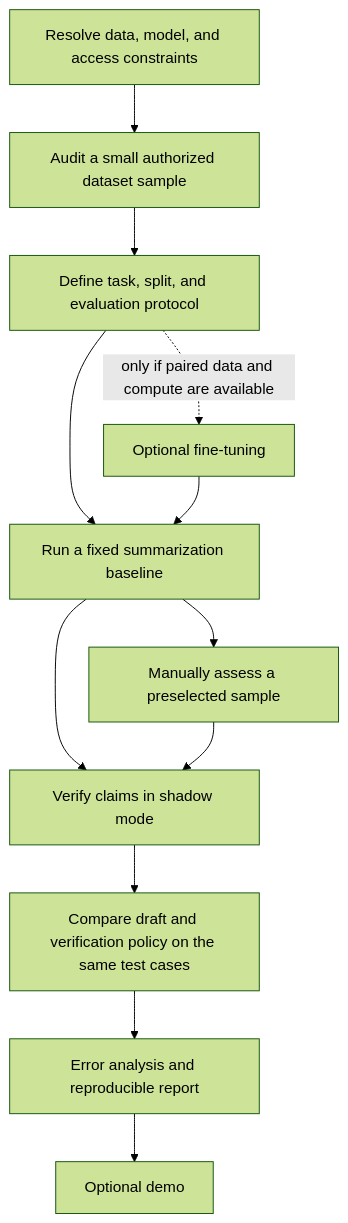
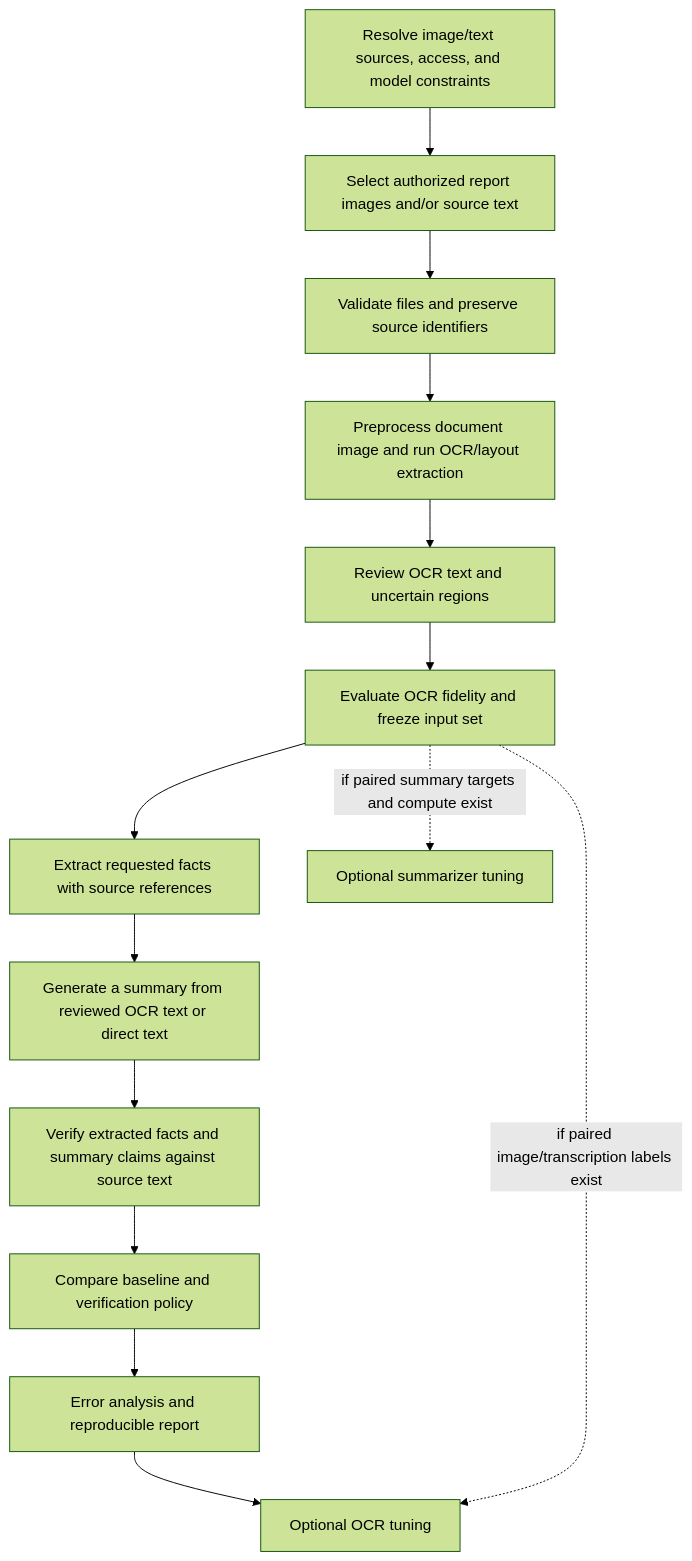
One commit to hashnj/Clinical_Notes_Summarization changed the diagram in Implementation_Workflow.md. Above: the diagram before and after it, drawn with Mermaid (forest theme). The commit also changed other lines of this file and 9 other files, not shown here.

````diff
--- a/Implementation_Workflow.md
+++ b/Implementation_Workflow.md
@@ -19,14 +21,16 @@
 ```mermaid
 flowchart TD
-    A[Resolve data, model, and access constraints] --> B[Audit a small authorized dataset sample]
-    B --> C[Define task, split, and evaluation protocol]
-    C --> D[Run a fixed summarization baseline]
-    D --> E[Manually assess a preselected sample]
-    D --> F[Verify claims in shadow mode]
-    E --> F
-    F --> G[Compare draft and verification policy on the same test cases]
-    G --> H[Error analysis and reproducible report]
-    H --> I[Optional demo]
-    C -. only if paired data and compute are available .-> J[Optional fine-tuning]
-    J --> D
+    A[Resolve image/text sources, access, and model constraints] --> B[Select authorized report images and/or source text]
+    B --> C[Validate files and preserve source identifiers]
+    C --> D[Preprocess document image and run OCR/layout extraction]
+    D --> E[Review OCR text and uncertain regions]
+    E --> F[Evaluate OCR fidelity and freeze input set]
+    F --> G[Extract requested facts with source references]
+    G --> H[Generate a summary from reviewed OCR text or direct text]
+    H --> I[Verify extracted facts and summary claims against source text]
+    I --> J[Compare baseline and verification policy]
+    J --> K[Error analysis and reproducible report]
+    K --> L[Optional local demo]
+    F -. if paired image/transcription labels exist .-> L[Optional OCR tuning]
+    F -. if paired summary targets and compute exist .-> M[Optional summarizer tuning]
 ```
````
